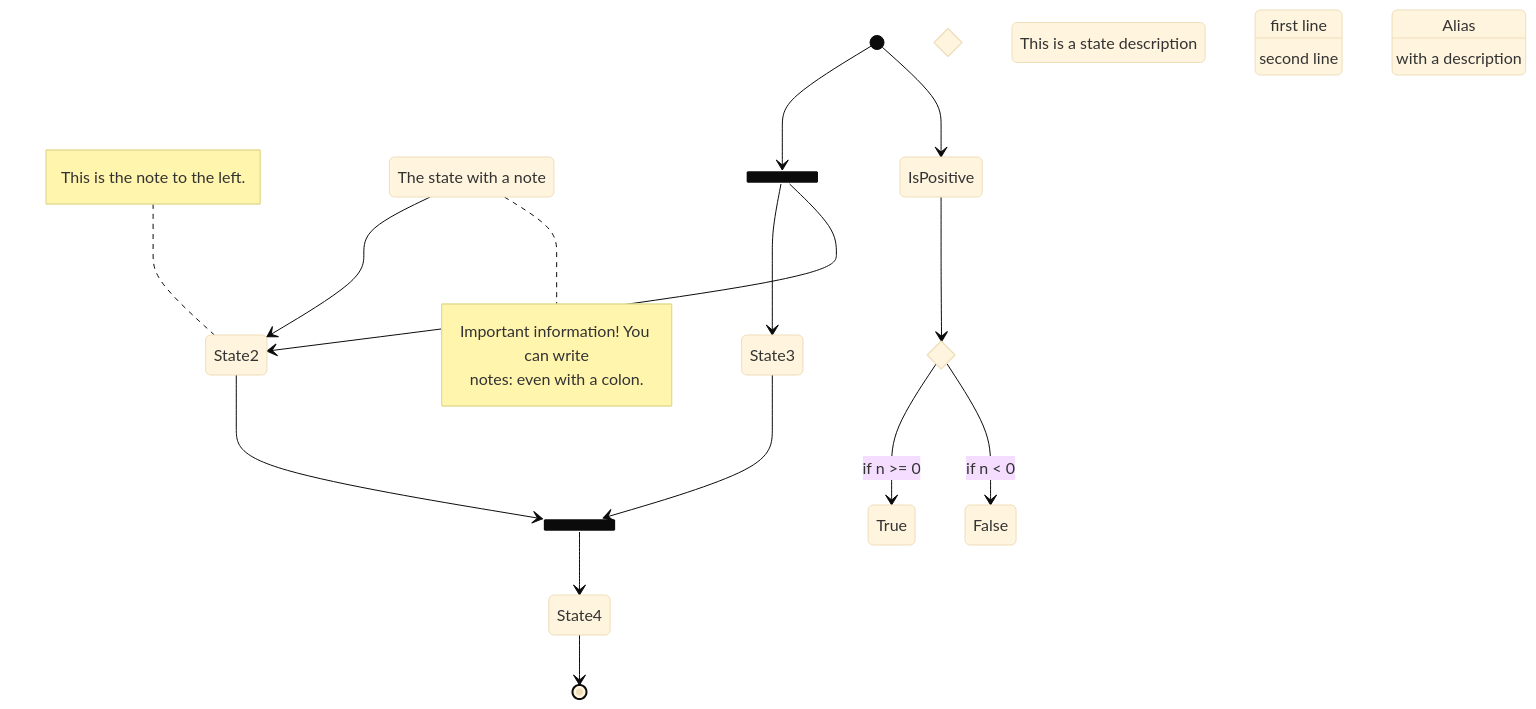
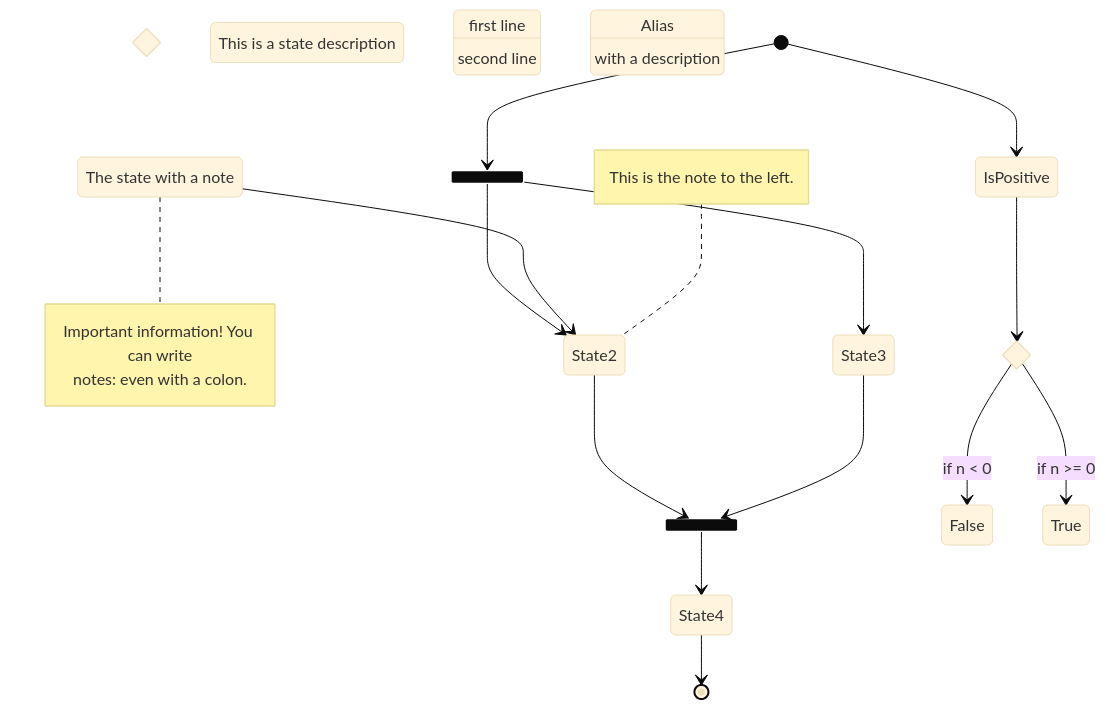
One commit to muirjc/canvas changed the diagram in packages/diagram-core/corpus/cases/state-pseudo-and-notes/expected/portable.mmd. Above: the diagram before and after it, drawn with Mermaid (base theme). The commit also changed 98 other files, not shown here.

First line of the commit message:
feat: Mermaid export always in Canvas's form, checked in real Mermaid in CI (canvas-8ucs) (#330)

```diff
--- a/packages/diagram-core/corpus/cases/state-pseudo-and-notes/expected/portable.mmd
+++ b/packages/diagram-core/corpus/cases/state-pseudo-and-notes/expected/portable.mmd
@@ -1,31 +1,30 @@
 stateDiagram-v2
-    accTitle: Order lifecycle
-    accDescr: How an order moves from placed to closed
-    state if_state <<choice>>
-    [*] --> IsPositive
-    IsPositive --> if_state
-    if_state --> False: if n < 0
-    if_state --> True : if n >= 0
-    state fork_state <<fork>>
-    [*] --> fork_state
-    fork_state --> State2
-    fork_state --> State3
-    state join_state <<join>>
-    State2 --> join_state
-    State3 --> join_state
-    join_state --> State4
-    State4 --> [*]
-    state OldStyle [[choice]]
-    State1 : The state with a note
-    note right of State1
-        Important information! You can write
-        notes: even with a colon.
-    end note
-    State1 --> State2
-    note left of State2 : This is the note to the left.
-    state "This is a state description" as s2
-    s3 : first line
-    s3 : second line
-    state "Alias" as s4:with a description
-    hide empty description
-    scale 600 width
+  accTitle: Order lifecycle
+  accDescr: How an order moves from placed to closed
+  state if_state <<choice>>
+  state fork_state <<fork>>
+  state join_state <<join>>
+  state OldStyle <<choice>>
+  State1 : The state with a note
+  state "This is a state description" as s2
+  s3 : first line
+  s3 : second line
+  state "Alias" as s4
+  s4 : with a description
+  [*] --> IsPositive
+  IsPositive --> if_state
+  if_state --> False : if n < 0
+  if_state --> True : if n >= 0
+  [*] --> fork_state
+  fork_state --> State2
+  fork_state --> State3
+  State2 --> join_state
+  State3 --> join_state
+  join_state --> State4
+  State4 --> [*]
+  State1 --> State2
+  note right of State1
+    Important information! You can write
+    notes: even with a colon.
+  end note
+  note left of State2 : This is the note to the left.
```
